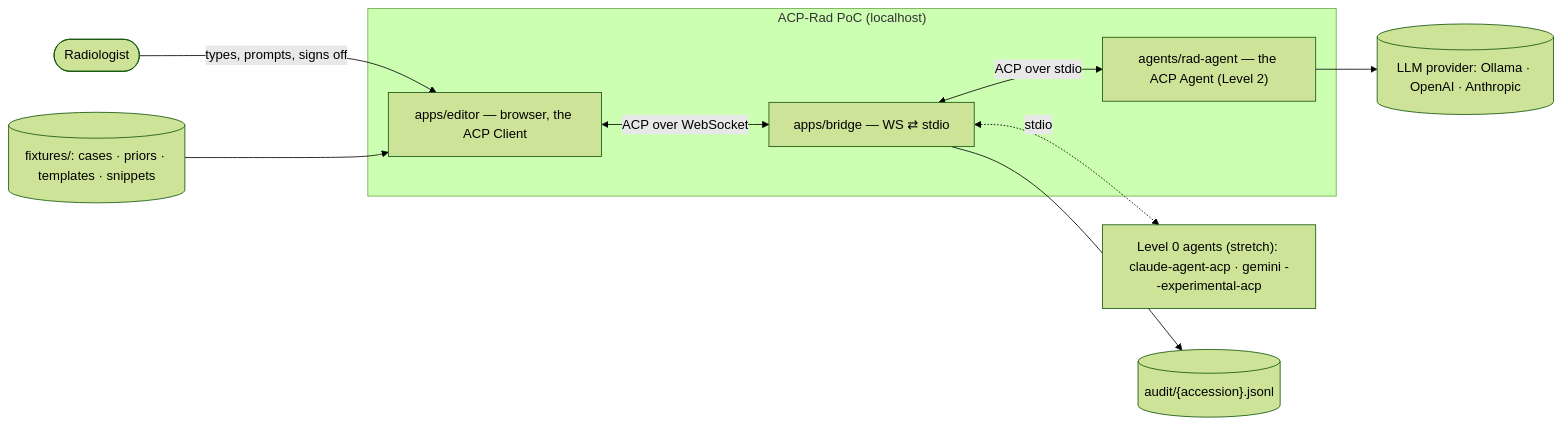
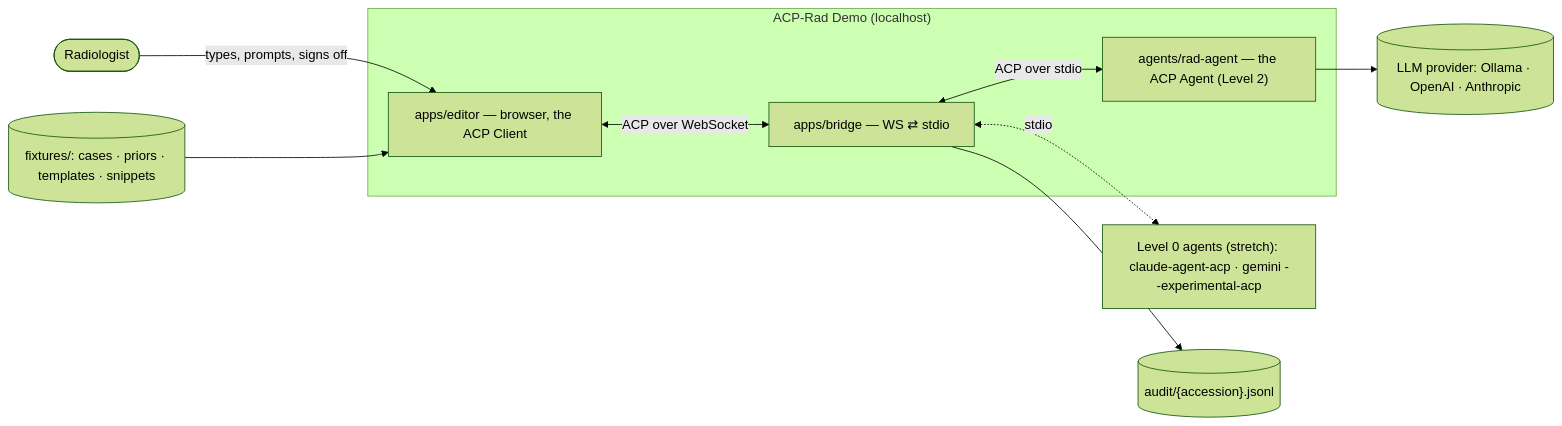
The first of 7 diagrams in docs/design/01-system-architecture.md (Lightbridge-KS/acp-rad-demo), drawn with Mermaid (forest theme) before and after one commit. The commit also changed other lines of this file and 11 other files, not shown here.

First line of the commit message:
chore: rename acp-rad-poc → acp-rad-demo (scope B: identifier + retitle)

````diff
--- a/docs/design/01-system-architecture.md
+++ b/docs/design/01-system-architecture.md
@@ -29,20 +29,20 @@
 ```mermaid
 flowchart LR
     rad([Radiologist])
-    subgraph PoC["ACP-Rad PoC (localhost)"]
+    subgraph Demo["ACP-Rad Demo (localhost)"]
         editor["apps/editor — browser, the ACP Client"]
         bridge["apps/bridge — WS ⇄ stdio"]
         agent["agents/rad-agent — the ACP Agent (Level 2)"]
     end
     l0["Level 0 agents (stretch): claude-agent-acp · gemini --experimental-acp"]
     llm[("LLM provider: Ollama · OpenAI · Anthropic")]
     audit[("audit/{accession}.jsonl")]
     fixtures[("fixtures/: cases · priors · templates · snippets")]
     rad -->|types, prompts, signs off| editor
     editor <-->|ACP over WebSocket| bridge
     bridge <-->|ACP over stdio| agent
     bridge <-.->|stdio| l0
     agent --> llm
     bridge --> audit
     fixtures --> editor
 ```
````
